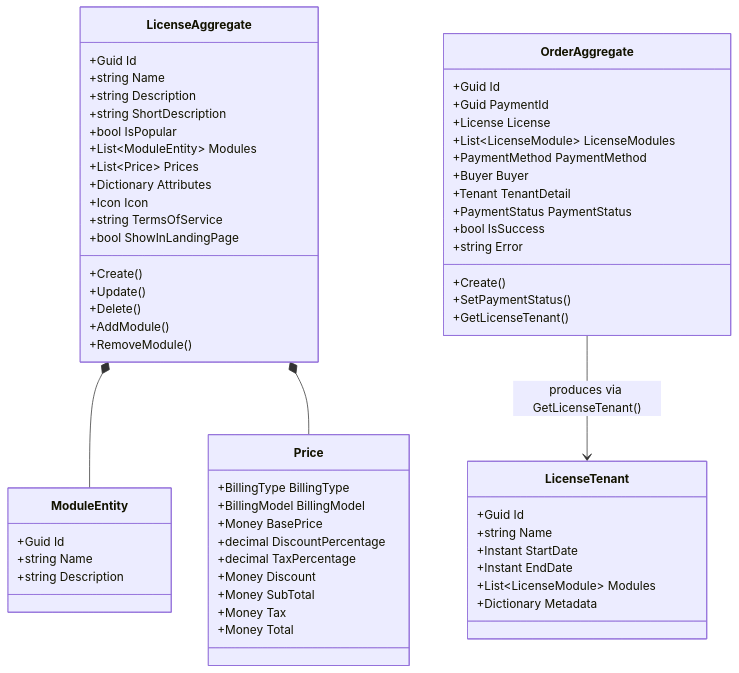
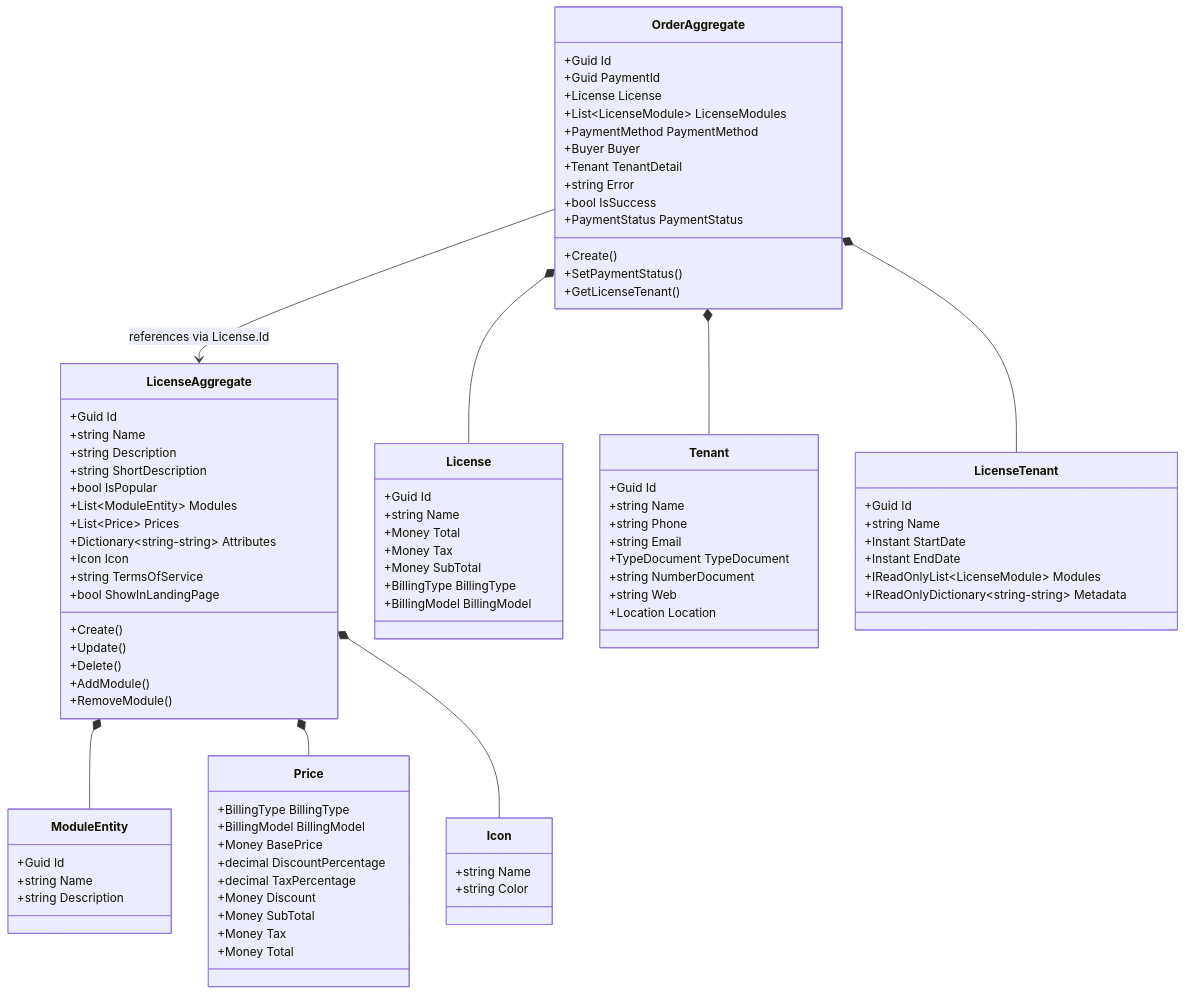
Before and after one commit to codedesignplus/CodeDesignPlus.Net.Microservice.Licenses: the first of 3 diagrams in README.md, drawn with Mermaid. The commit also changed other lines of this file, not shown here.

Commit message:
docs: rewrite README from verified source code — accurate events, flows, and gaps

````diff
--- a/README.md
+++ b/README.md
@@ -49,7 +44,7 @@
         +bool IsPopular
         +List~ModuleEntity~ Modules
         +List~Price~ Prices
-        +Dictionary Attributes
+        +Dictionary~string-string~ Attributes
         +Icon Icon
         +string TermsOfService
         +bool ShowInLandingPage
@@ -68,18 +63,12 @@
         +PaymentMethod PaymentMethod
         +Buyer Buyer
         +Tenant TenantDetail
+        +string Error
+        +bool IsSuccess
         +PaymentStatus PaymentStatus
-        +bool IsSuccess
-        +string Error
         +Create()
         +SetPaymentStatus()
         +GetLicenseTenant()
-    }
-
-    class ModuleEntity {
-        +Guid Id
-        +string Name
-        +string Description
     }
 
     class Price {
@@ -94,16 +83,52 @@
         +Money Total
     }
 
+    class License {
+        +Guid Id
+        +string Name
+        +Money Total
+        +Money Tax
+        +Money SubTotal
+        +BillingType BillingType
+        +BillingModel BillingModel
+    }
+
+    class Tenant {
+        +Guid Id
+        +string Name
+        +string Phone
+        +string Email
+        +TypeDocument TypeDocument
+        +string NumberDocument
+        +string Web
+        +Location Location
+    }
+
     class LicenseTenant {
         +Guid Id
         +string Name
         +Instant StartDate
         +Instant EndDate
-        +List~LicenseModule~ Modules
-        +Dictionary Metadata
+        +IReadOnlyList~LicenseModule~ Modules
+        +IReadOnlyDictionary~string-string~ Metadata
+    }
+
+    class Icon {
+        +string Name
+        +string Color
+    }
+
+    class ModuleEntity {
+        +Guid Id
+        +string Name
+        +string Description
     }
 
     LicenseAggregate *-- ModuleEntity
     LicenseAggregate *-- Price
-    OrderAggregate --> LicenseTenant : produces via GetLicenseTenant()
+    LicenseAggregate *-- Icon
+    OrderAggregate *-- License
+    OrderAggregate *-- Tenant
+    OrderAggregate *-- LicenseTenant
+    OrderAggregate --> LicenseAggregate : references via License.Id
 ```
````
